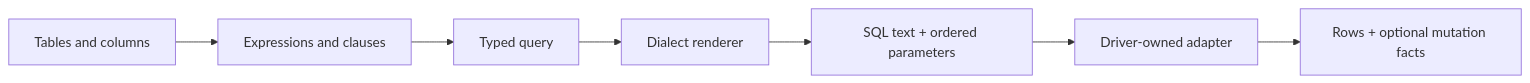
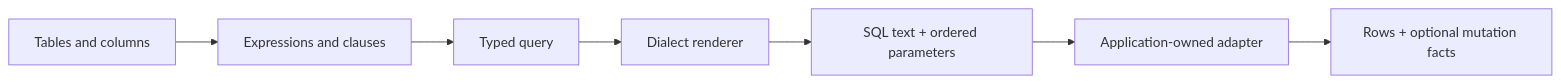
The diagram in docs/index.md (aleclarson/qubu), drawn with Mermaid before and after one commit. The commit also changed other lines of this file and 18 other files, not shown here.

````diff
--- a/docs/index.md
+++ b/docs/index.md
@@ -52,9 +52,9 @@
 ```mermaid
 flowchart LR
 A["Tables and columns"] --> B["Expressions and clauses"]
 B --> C["Typed query"]
 C --> D["Dialect renderer"]
 D --> E["SQL text + ordered parameters"]
-E --> F["Driver-owned adapter"]
+E --> F["Application-owned adapter"]
 F --> G["Rows + optional mutation facts"]
 ```
````
